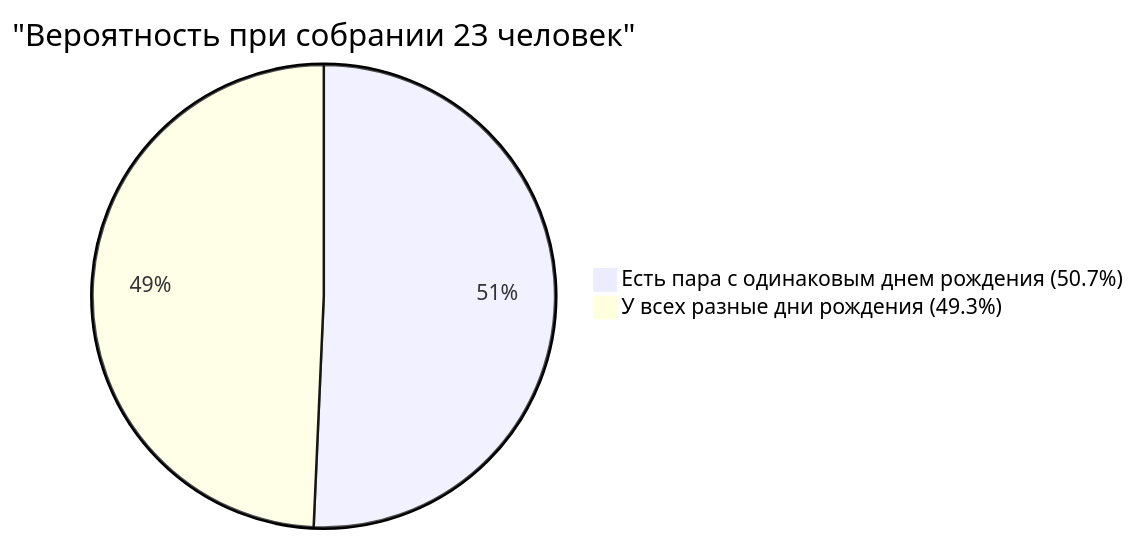
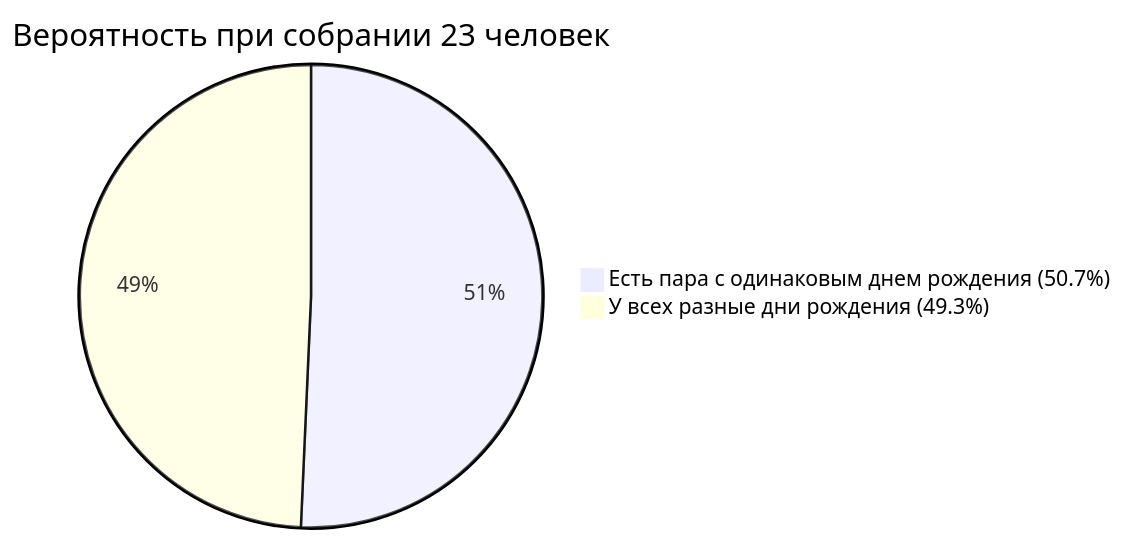
One commit to kenjinote/blog changed the second of 2 diagrams in content/post/バースデイパラドックス/index.ru.md. Above: the diagram before and after it, drawn with Mermaid. The commit also changed other lines of this file and 703 other files, not shown here.

Commit message:
Fix: Remove quotes from Mermaid link texts and timeline definitions to support Mermaid 11.4.1

````diff
--- a/content/post/バースデイパラドックス/index.ru.md
+++ b/content/post/バースデイパラドックス/index.ru.md
@@ -100,5 +100,5 @@
 ```mermaid
-pie title "Вероятность при собрании 23 человек"
+pie title Вероятность при собрании 23 человек
     "Есть пара с одинаковым днем рождения (50.7%)" : 50.7
     "У всех разные дни рождения (49.3%)" : 49.3
 ```
````
